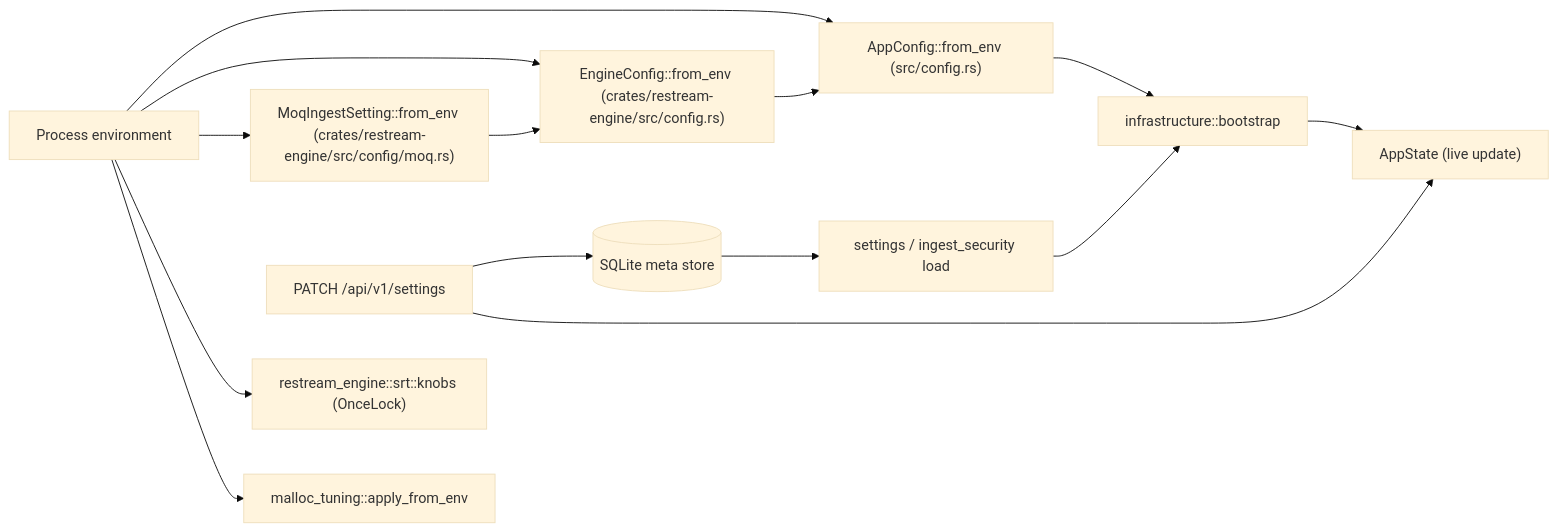
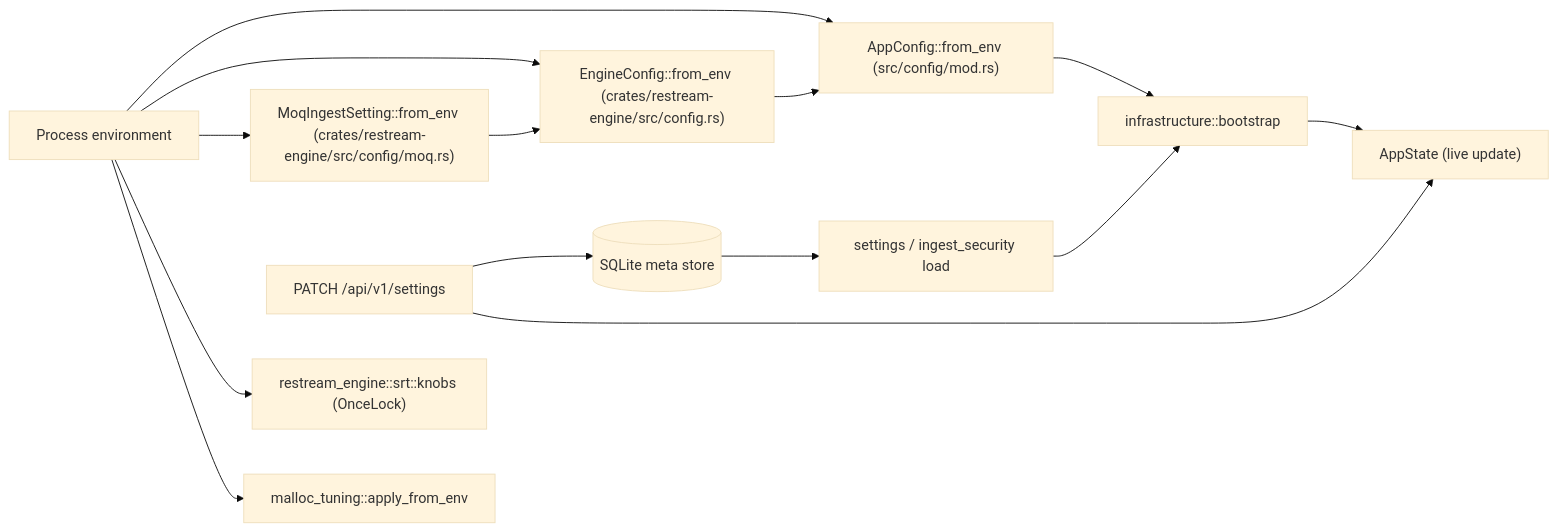
One commit to krsna1729/restream changed the diagram in docs/configuration.md. Above: the diagram before and after it, drawn with Mermaid (base theme). The commit also changed other lines of this file and 69 other files, not shown here.

````diff
--- a/docs/configuration.md
+++ b/docs/configuration.md
@@ -26,16 +26,16 @@
 ```mermaid
 flowchart LR
-    env[Process environment] --> from_env["AppConfig::from_env (src/config.rs)"]
+    env[Process environment] --> from_env["AppConfig::from_env (src/config/mod.rs)"]
     env --> engine["EngineConfig::from_env (crates/restream-engine/src/config.rs)"]
     env --> moq["MoqIngestSetting::from_env (crates/restream-engine/src/config/moq.rs)"]
     env --> knobs["restream_engine::srt::knobs (OnceLock)"]
     env --> malloc["malloc_tuning::apply_from_env"]
     moq --> engine
     engine --> from_env
     from_env --> boot["infrastructure::bootstrap"]
     db[(SQLite meta store)] --> settings["settings / ingest_security load"]
     settings --> boot
     api["PATCH /api/v1/settings"] --> db
     api --> state["AppState (live update)"]
     boot --> state
 ```
````
